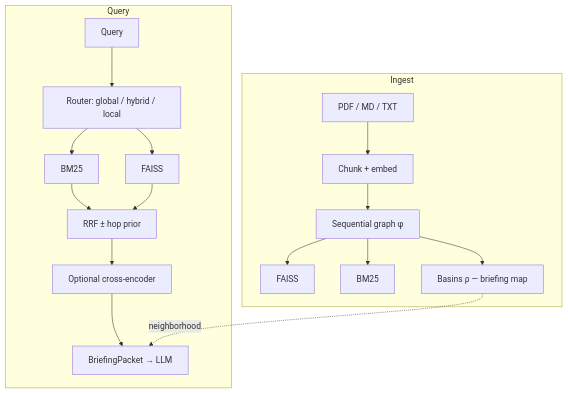
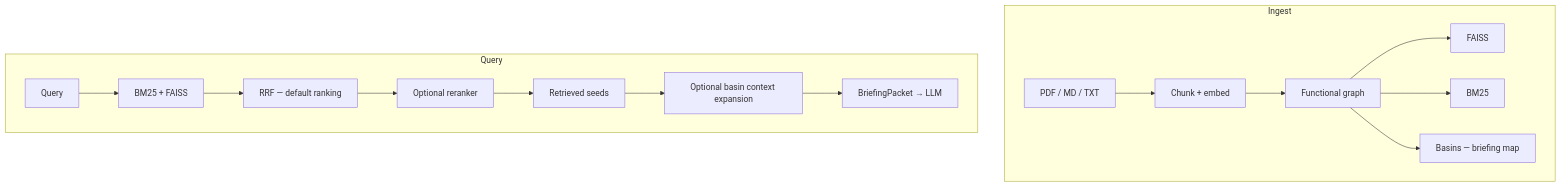
Before and after one commit to Basinfy/BasinRAG: the diagram in README.md, drawn with Mermaid. The commit also changed other lines of this file and 115 other files, not shown here.

````diff
--- a/README.md
+++ b/README.md
@@ -37,20 +29,18 @@
 ```mermaid
 graph TD
     subgraph Ingest
         A[PDF / MD / TXT] --> B[Chunk + embed]
-        B --> C[Sequential graph φ]
+        B --> C[Functional graph]
         C --> D[FAISS]
         C --> E[BM25]
-        C --> F[Basins ρ — briefing map]
+        C --> F[Basins — briefing map]
     end
     subgraph Query
-        Q[Query] --> R[Router: global / hybrid / local]
-        R --> S1[BM25]
-        R --> S2[FAISS]
-        S1 --> T[RRF ± hop prior]
-        S2 --> T
-        T --> U[Optional cross-encoder]
-        U --> V[BriefingPacket → LLM]
-        F -. neighborhood .-> V
+        Q[Query] --> R[BM25 + FAISS]
+        R --> S[RRF — default ranking]
+        S --> T[Optional reranker]
+        T --> U[Retrieved seeds]
+        U --> V[Optional basin context expansion]
+        V --> W[BriefingPacket → LLM]
     end
 ```
````
